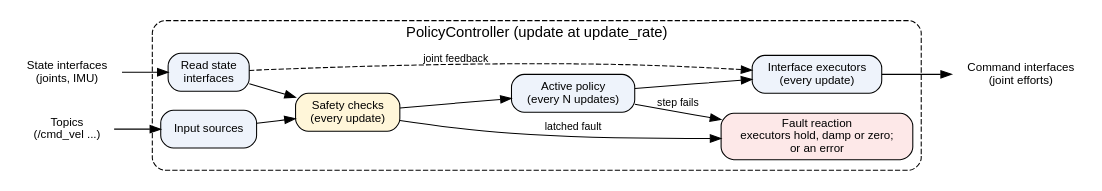
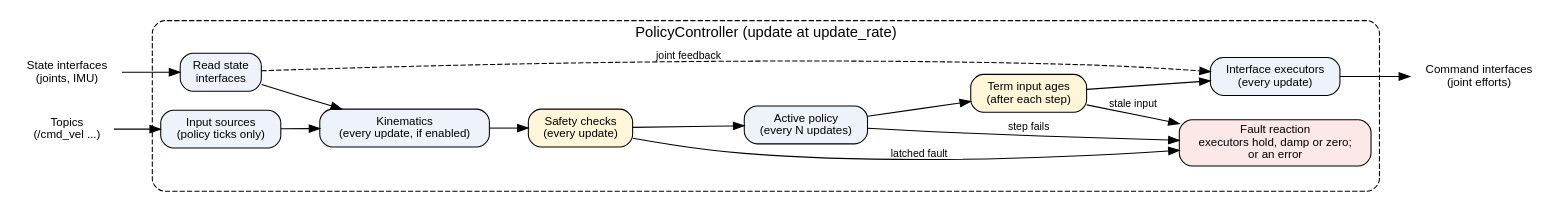
The second of 3 diagrams in docs/hosts.rst (saikishor/ros2_policy_framework), drawn with Graphviz before and after one commit. The commit also changed other lines of this file and 1 other file, not shown here.

Commit message:
Show the kinematics update and the term input age check in the cycle diagrams

```diff
--- a/docs/hosts.rst
+++ b/docs/hosts.rst
@@ -55,29 +59,33 @@
 .. graphviz::
 
    digraph controller_host {
      rankdir=LR;
      node [shape=box, style="rounded,filled", fillcolor="#eef3fb", fontname="Helvetica", fontsize=11];
      edge [fontname="Helvetica", fontsize=10];
      hw_in [label="State interfaces\n(joints, IMU)", shape=plaintext, fillcolor=none];
      topics [label="Topics\n(/cmd_vel ...)", shape=plaintext, fillcolor=none];
      subgraph cluster_ctrl {
        label="PolicyController (update at update_rate)"; style="rounded,dashed"; fontname="Helvetica";
        read [label="Read state\ninterfaces"];
-       sources [label="Input sources"];
+       sources [label="Input sources\n(policy ticks only)"];
+       kin [label="Kinematics\n(every update, if enabled)"];
        safety [label="Safety checks\n(every update)", fillcolor="#fff6d9"];
        policy [label="Active policy\n(every N updates)"];
+       ages [label="Term input ages\n(after each step)", fillcolor="#fff6d9"];
        execs [label="Interface executors\n(every update)"];
        fault [label="Fault reaction\nexecutors hold, damp or zero;\nor an error", fillcolor="#fde8e8"];
-       read -> safety;
-       sources -> safety;
+       read -> kin;
+       sources -> kin;
+       kin -> safety;
        safety -> policy;
-       policy -> execs;
+       policy -> ages -> execs;
        safety -> fault [label="latched fault"];
        policy -> fault [label="step fails"];
+       ages -> fault [label="stale input"];
        read -> execs [label="joint feedback", style=dashed];
      }
      hw_out [label="Command interfaces\n(joint efforts)", shape=plaintext, fillcolor=none];
      hw_in -> read;
      topics -> sources;
      execs -> hw_out;
    }
```
